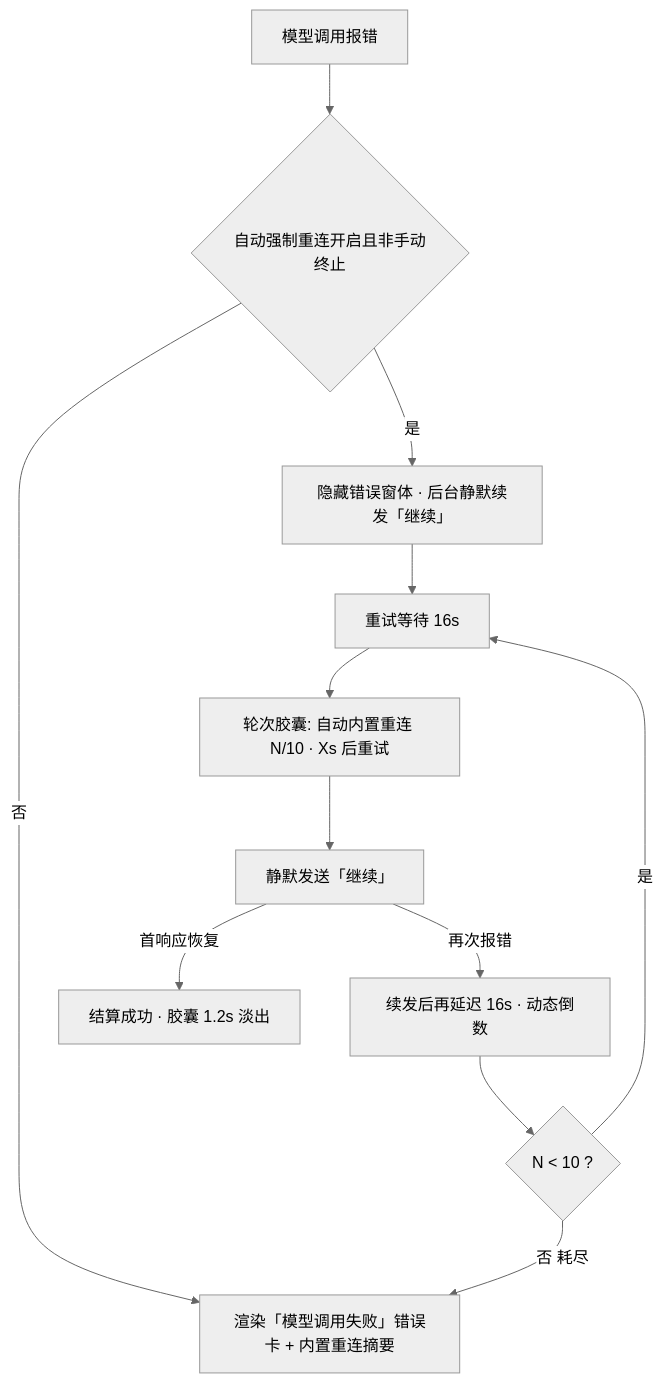
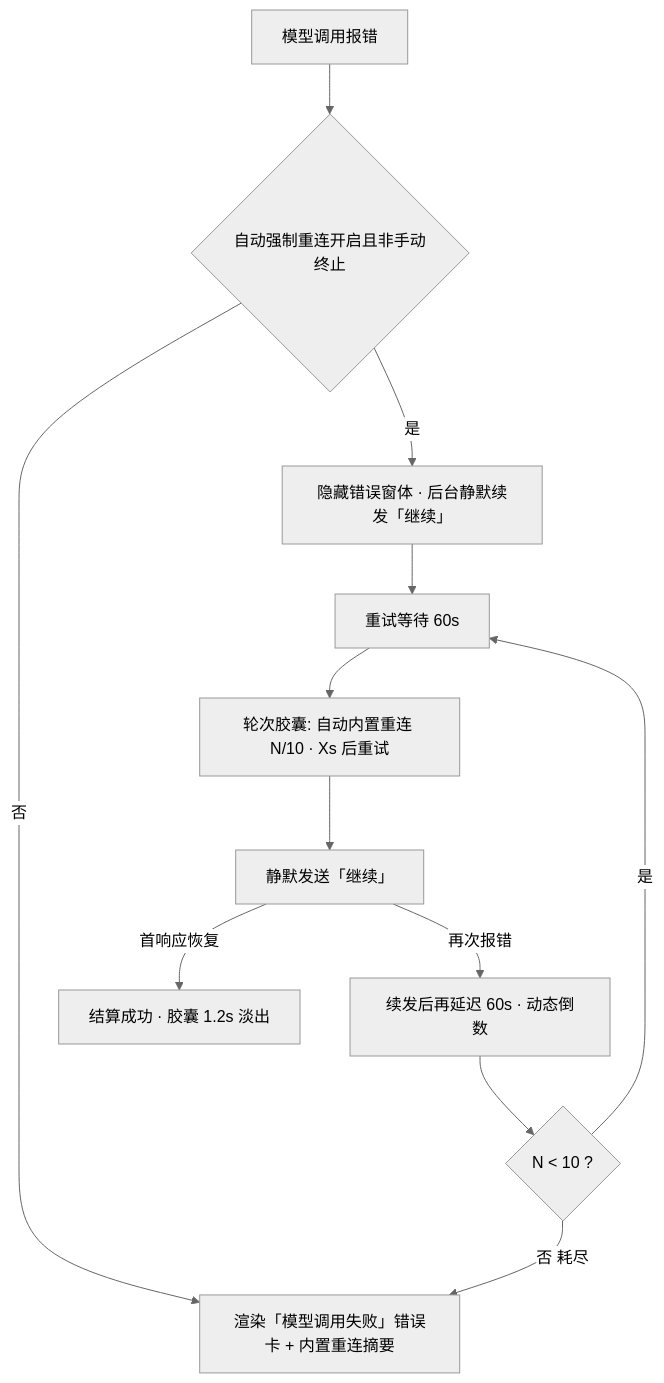
One commit to jiangyinluwei/pi-desktop-lite changed the diagram in .agents/skills/flow-interaction-pattern/SKILL.md. Above: the diagram before and after it, drawn with Mermaid (neutral theme). The commit also changed other lines of this file and 9 other files, not shown here.

````diff
--- a/.agents/skills/flow-interaction-pattern/SKILL.md
+++ b/.agents/skills/flow-interaction-pattern/SKILL.md
@@ -150,14 +150,14 @@
 ```mermaid
 flowchart TD
     Err[模型调用报错] --> Gate{自动强制重连开启且非手动终止}
     Gate -->|否| Fallback[直接渲染错误卡]
     Gate -->|是| Silent[隐藏错误窗体 · 后台静默续发「继续」]
-    Silent --> Wait[重试等待 16s]
+    Silent --> Wait[重试等待 60s]
     Wait --> Capsule[轮次胶囊: 自动内置重连 N/10 · Xs 后重试]
     Capsule --> Send[静默发送「继续」]
     Send -->|首响应恢复| Succeed[结算成功 · 胶囊 1.2s 淡出]
-    Send -->|再次报错| PostWait[续发后再延迟 16s · 动态倒数]
+    Send -->|再次报错| PostWait[续发后再延迟 60s · 动态倒数]
     PostWait --> Next{N < 10 ?}
     Next -->|是| Wait
     Next -->|否 耗尽| Fallback[渲染「模型调用失败」错误卡 + 内置重连摘要]
 ```
````
